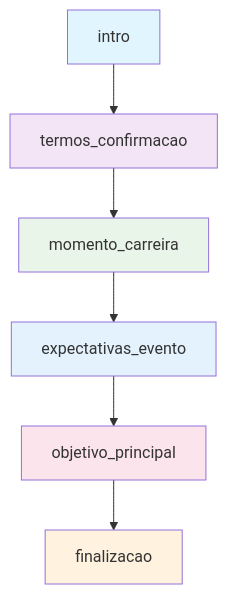
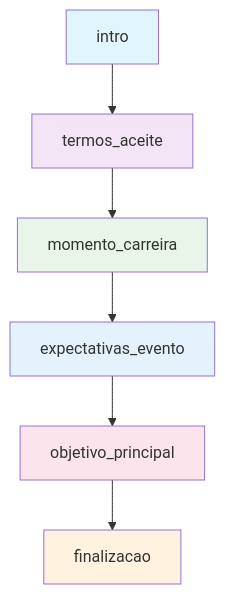
One commit to rafaelcaceres/singuebot changed the diagram in docs/fluxo-entrevista.md. Above: the diagram before and after it, drawn with Mermaid. The commit also changed other lines of this file and 9 other files, not shown here.

````diff
--- a/docs/fluxo-entrevista.md
+++ b/docs/fluxo-entrevista.md
@@ -14,15 +14,15 @@
 ```mermaid
 graph TD
-    A[intro] --> B[termos_confirmacao]
+    A[intro] --> B[termos_aceite]
     B --> C[momento_carreira]
     C --> D[expectativas_evento]
     D --> E[objetivo_principal]
     E --> F[finalizacao]
     
     style A fill:#e1f5fe
     style B fill:#f3e5f5
     style C fill:#e8f5e8
     style D fill:#e3f2fd
     style E fill:#fce4ec
     style F fill:#fff3e0
 ```
````
